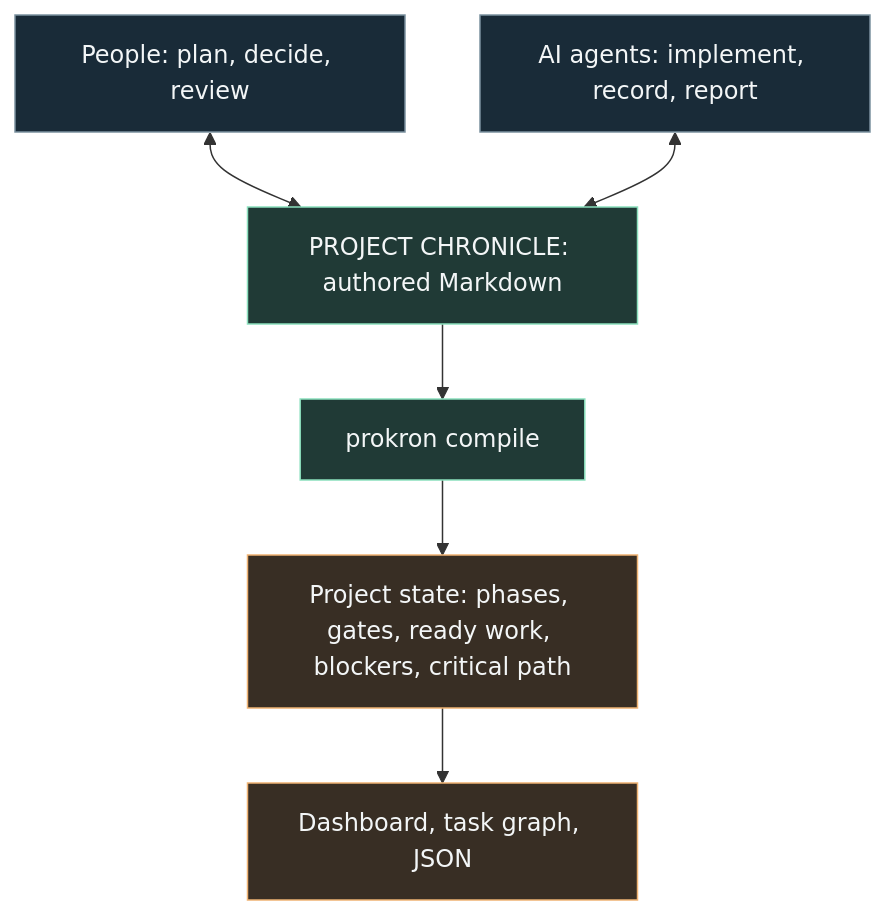
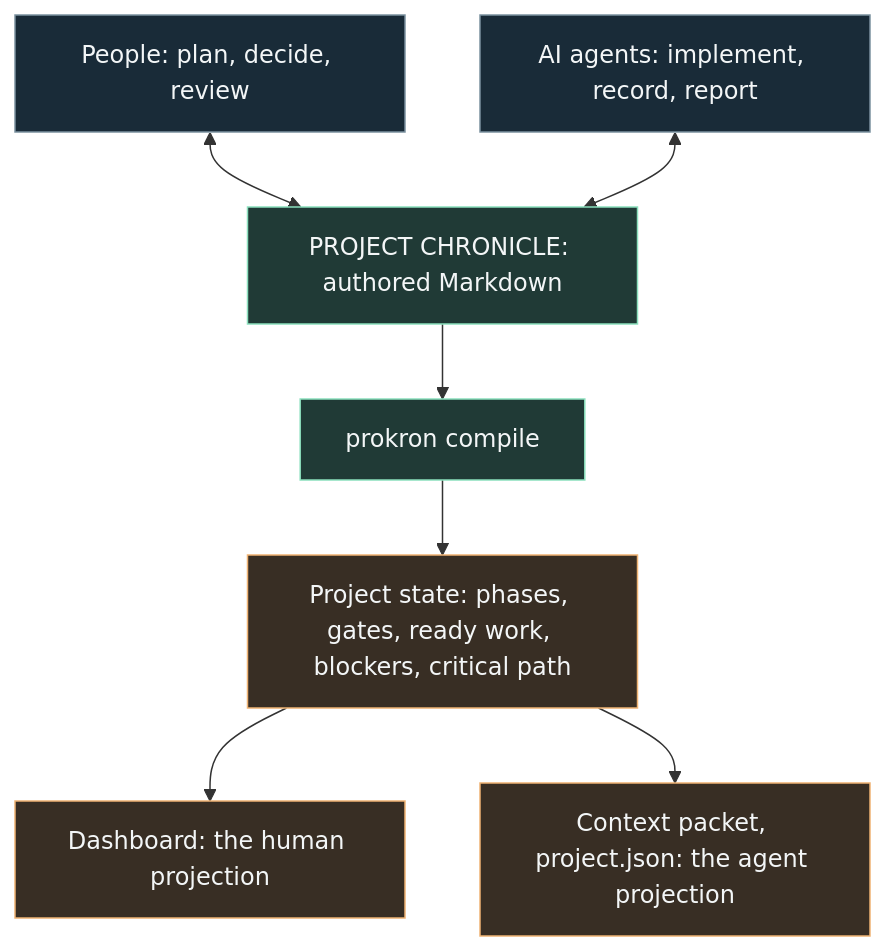
Before and after one commit to qomero/prokron: the diagram in README.md, drawn with Mermaid. The commit also changed other lines of this file and 16 other files, not shown here.

````diff
--- a/README.md
+++ b/README.md
@@ -86,14 +324,15 @@
 ```mermaid
 flowchart TD
     P["People: plan, decide, review"] <--> C["PROJECT CHRONICLE: authored Markdown"]
     A["AI agents: implement, record, report"] <--> C
     C --> K["prokron compile"]
     K --> S["Project state: phases, gates, ready work, blockers, critical path"]
-    S --> D["Dashboard, task graph, JSON"]
+    S --> D["Dashboard: the human projection"]
+    S --> X["Context packet, project.json: the agent projection"]
     classDef participants fill:#192b38,color:#f3f6f7,stroke:#7b919f
     classDef chronicle fill:#203a36,color:#f3f6f7,stroke:#8be0bd
     classDef derived fill:#382e24,color:#f3f6f7,stroke:#efb373
     class P,A participants
     class C,K chronicle
-    class S,D derived
+    class S,D,X derived
 ```
````
